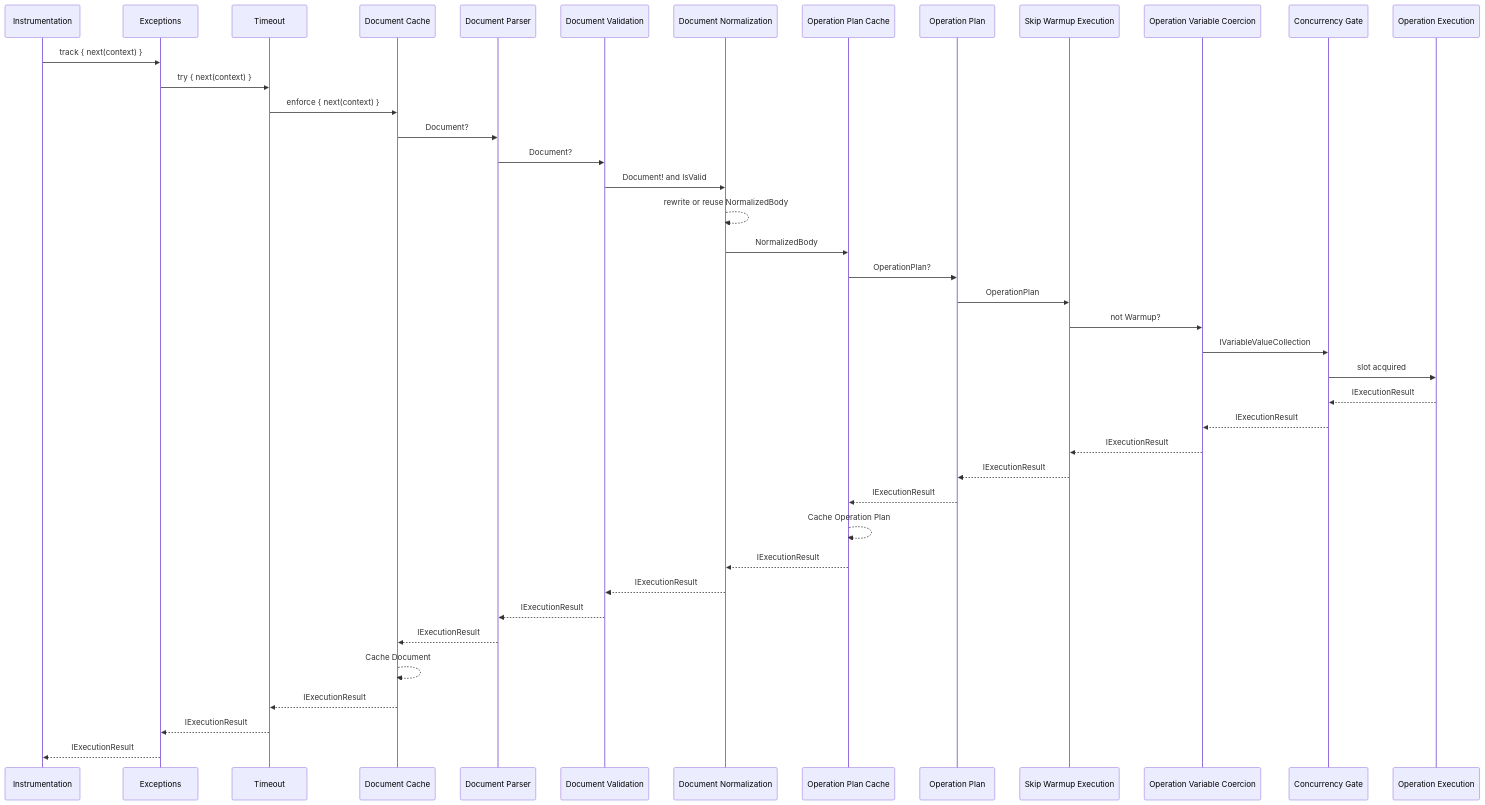
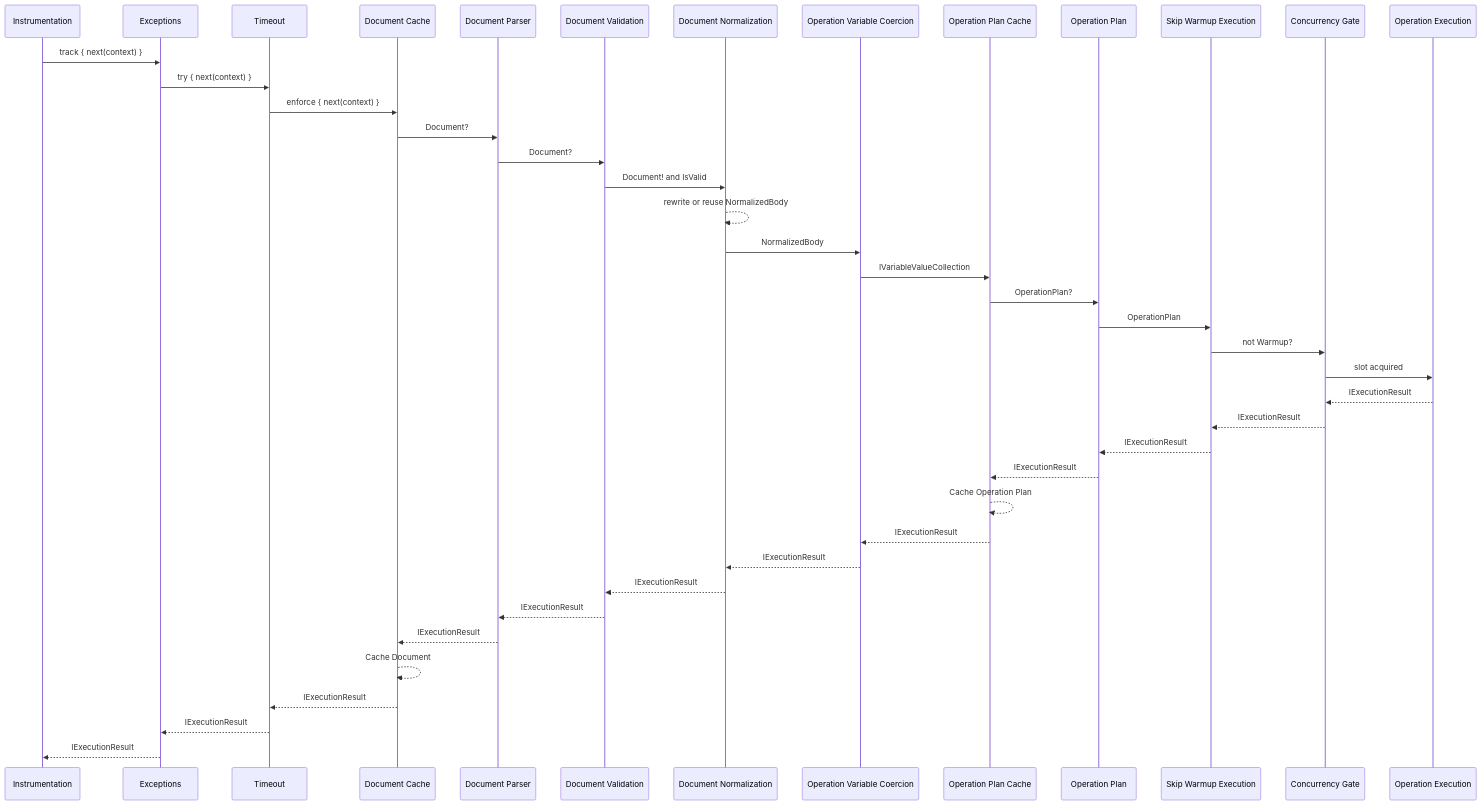
Before and after one commit to ChilliCream/graphql-platform: the first of 3 diagrams in src/HotChocolate/Fusion/src/Fusion.Execution/Execution/Pipeline/Pipelines.md, drawn with Mermaid. The commit also changed other lines of this file and 6 other files, not shown here.

First line of the commit message:
fix(fusion): move variable coercion ahead of the plan-cache lookup

````diff
--- a/src/HotChocolate/Fusion/src/Fusion.Execution/Execution/Pipeline/Pipelines.md
+++ b/src/HotChocolate/Fusion/src/Fusion.Execution/Execution/Pipeline/Pipelines.md
@@ -12,31 +12,31 @@
 ```mermaid
 sequenceDiagram
     Instrumentation->>Exceptions: track { next(context) }
     Exceptions->>Timeout: try { next(context) }
     Timeout->>Document Cache: enforce { next(context) }
     Document Cache->>Document Parser: Document?
     Document Parser->>Document Validation: Document?
     Document Validation->>Document Normalization: Document! and IsValid
     Document Normalization-->>Document Normalization: rewrite or reuse NormalizedBody
-    Document Normalization->>Operation Plan Cache: NormalizedBody
+    Document Normalization->>Operation Variable Coercion: NormalizedBody
+    Operation Variable Coercion->>Operation Plan Cache: IVariableValueCollection
     Operation Plan Cache->>Operation Plan: OperationPlan?
     Operation Plan->>Skip Warmup Execution: OperationPlan
-    Skip Warmup Execution->>Operation Variable Coercion: not Warmup?
-    Operation Variable Coercion->>Concurrency Gate: IVariableValueCollection
+    Skip Warmup Execution->>Concurrency Gate: not Warmup?
     Concurrency Gate->>Operation Execution: slot acquired
 
     Operation Execution-->>Concurrency Gate: IExecutionResult
-    Concurrency Gate-->>Operation Variable Coercion: IExecutionResult
-    Operation Variable Coercion-->>Skip Warmup Execution: IExecutionResult
+    Concurrency Gate-->>Skip Warmup Execution: IExecutionResult
     Skip Warmup Execution-->>Operation Plan: IExecutionResult
     Operation Plan-->>Operation Plan Cache: IExecutionResult
     Operation Plan Cache-->>Operation Plan Cache: Cache Operation Plan
-    Operation Plan Cache-->>Document Normalization: IExecutionResult
+    Operation Plan Cache-->>Operation Variable Coercion: IExecutionResult
+    Operation Variable Coercion-->>Document Normalization: IExecutionResult
     Document Normalization-->>Document Validation: IExecutionResult
     Document Validation-->>Document Parser: IExecutionResult
     Document Parser-->>Document Cache: IExecutionResult
     Document Cache-->>Document Cache: Cache Document
     Document Cache-->>Timeout: IExecutionResult
     Timeout-->>Exceptions: IExecutionResult
     Exceptions-->>Instrumentation: IExecutionResult
 ```
````
